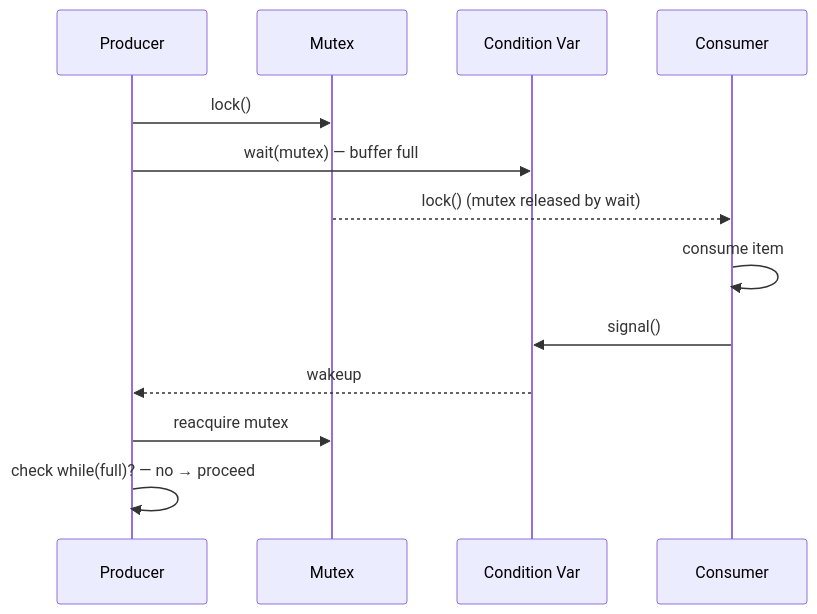
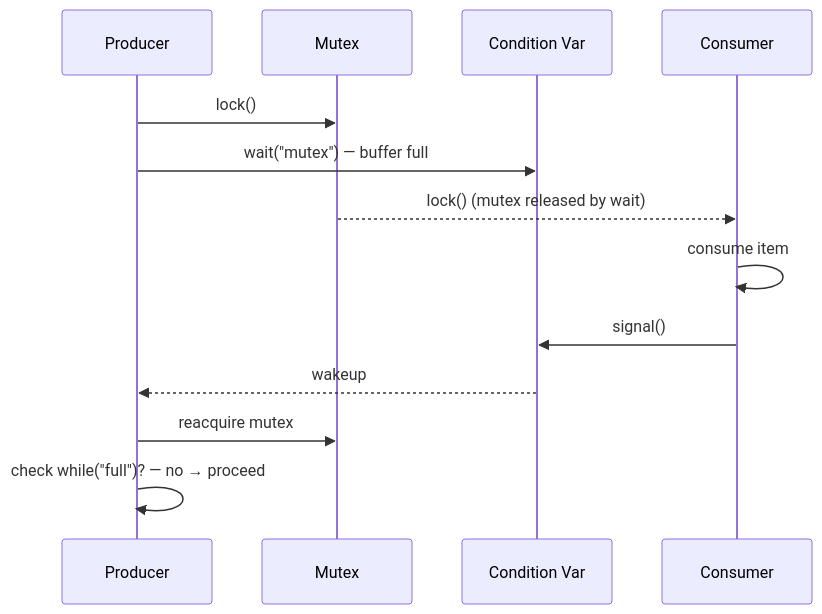
One commit to pploc/swe-icon-the-moment changed the diagram in content/questions/fundamentals/condition-variable.md. Above: the diagram before and after it, drawn with Mermaid. The commit also changed 138 other files, not shown here.

````diff
--- a/content/questions/fundamentals/condition-variable.md
+++ b/content/questions/fundamentals/condition-variable.md
@@ -46,15 +46,16 @@
 ```mermaid
 sequenceDiagram
     participant P as Producer
     participant M as Mutex
     participant CV as Condition Var
     participant C as Consumer
     P->>M: lock()
-    P->>CV: wait(mutex) — buffer full
+    P->>CV: wait("mutex") — buffer full
     M-->>C: lock() (mutex released by wait)
     C->>C: consume item
     C->>CV: signal()
     CV-->>P: wakeup
     P->>M: reacquire mutex
-    P->>P: check while(full)? — no → proceed
+    P->>P: check while("full")? — no → proceed
+
 ```
````
